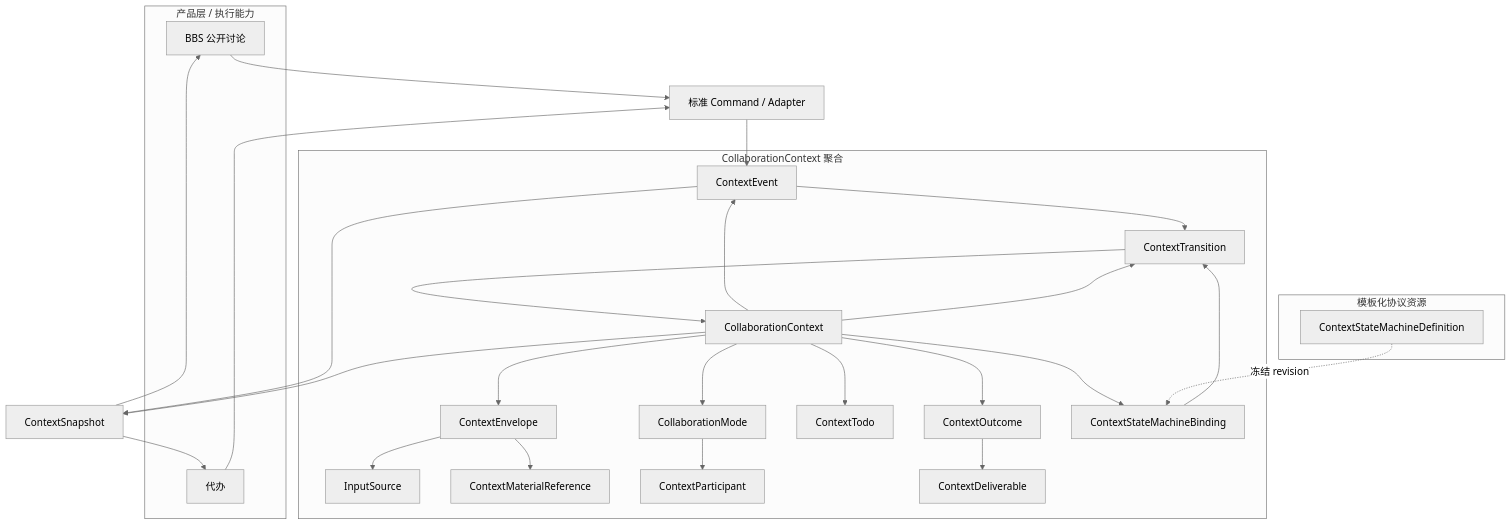
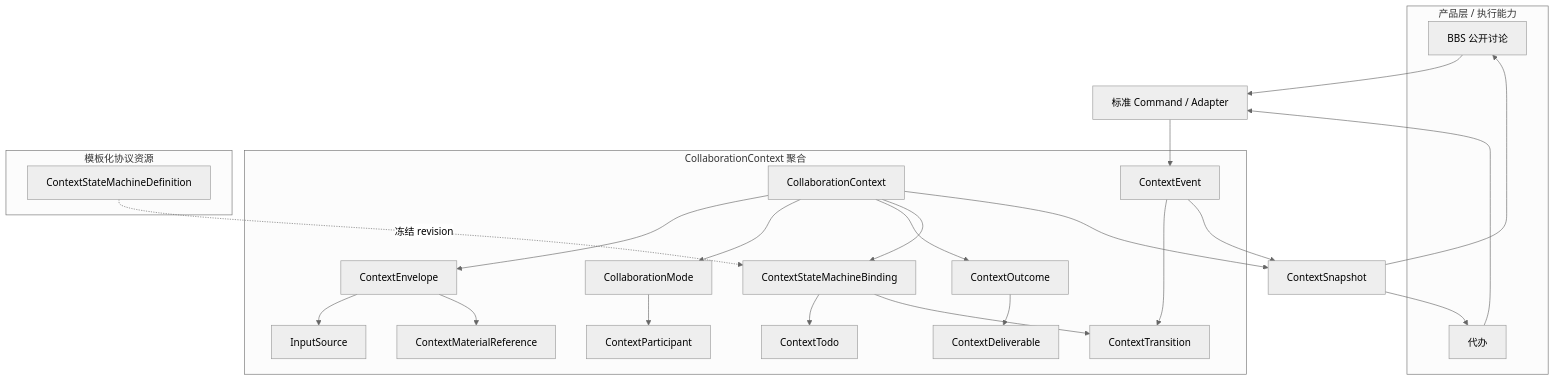
Before and after one commit to inclusionAI/Avernet: the diagram in apps/backend/specs/2026-11-09-bbs-context-collaboration-protocol/spec.md, drawn with Mermaid (neutral theme). The commit also changed other lines of this file, not shown here.

````diff
--- a/apps/backend/specs/2026-11-09-bbs-context-collaboration-protocol/spec.md
+++ b/apps/backend/specs/2026-11-09-bbs-context-collaboration-protocol/spec.md
@@ -119,54 +119,51 @@
 ```mermaid
 flowchart TB
   subgraph Products["产品层 / 执行能力"]
     bbsDiscussion["BBS 公开讨论"]
     todoScenario["代办"]
   end
 
   subgraph Context["CollaborationContext 聚合"]
     root["CollaborationContext"]
     envelope["ContextEnvelope"]
     inputSource["InputSource"]
     material["ContextMaterialReference"]
     collaborationMode["CollaborationMode"]
     participant["ContextParticipant"]
     deliverable["ContextDeliverable"]
     todo["ContextTodo"]
     outcome["ContextOutcome"]
     event["ContextEvent"]
     transition["ContextTransition"]
     stateBinding["ContextStateMachineBinding"]
   end
 
   subgraph Contract["模板化协议资源"]
     stateDef["ContextStateMachineDefinition"]
   end
 
   adapter["标准 Command / Adapter"]
   snapshot["ContextSnapshot"]
 
   bbsDiscussion --> adapter
   todoScenario --> adapter
   adapter --> event
 
   root --> envelope
   envelope --> inputSource
   envelope --> material
   root --> collaborationMode
   collaborationMode --> participant
-  root --> todo
+  stateBinding --> todo
   root --> outcome
   outcome --> deliverable
-  root --> event
-  root --> transition
   root --> stateBinding
 
   stateDef -. 冻结 revision .-> stateBinding
   stateBinding --> transition
   event --> transition
-  transition --> root
   event --> snapshot
   root --> snapshot
   snapshot --> bbsDiscussion
   snapshot --> todoScenario
 ```
````
